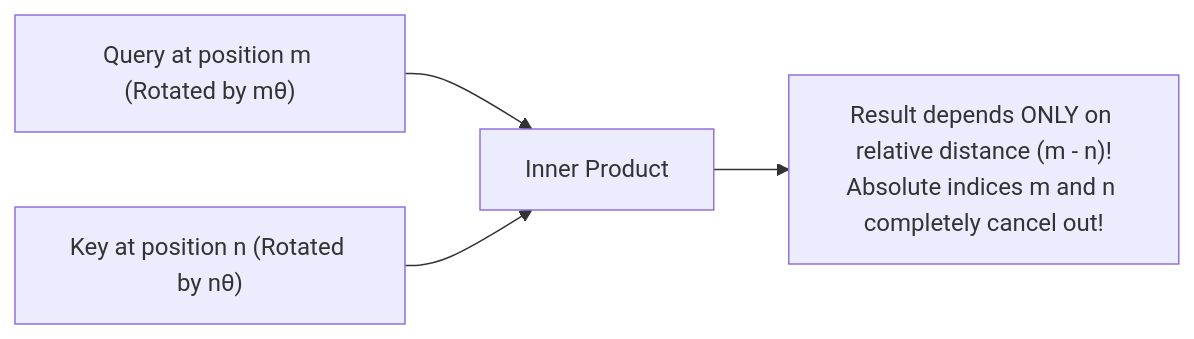
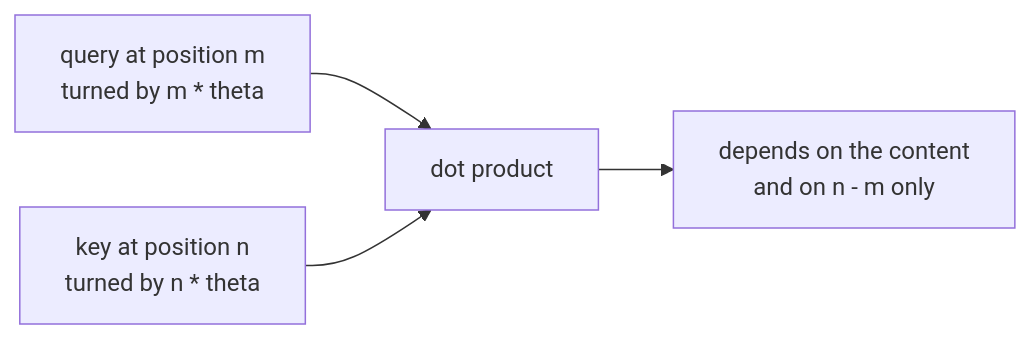
One commit to azusachino/harus-blog changed the diagram in docs/tech/series/math-for-ai/04.rotations-and-rope.md. Above: the diagram before and after it, drawn with Mermaid. The commit also changed other lines of this file and 11 other files, not shown here.

````diff
--- a/docs/tech/series/math-for-ai/04.rotations-and-rope.md
+++ b/docs/tech/series/math-for-ai/04.rotations-and-rope.md
@@ -136,6 +51,6 @@
 ```mermaid
 flowchart LR
-    Qm["Query at position m (Rotated by mθ)"] --> Dot["Inner Product"]
-    Kn["Key at position n (Rotated by nθ)"] --> Dot
-    Dot --> Result["Result depends ONLY on relative distance (m - n)!\nAbsolute indices m and n completely cancel out!"]
+    Q["query at position m<br/>turned by m * theta"] --> D["dot product"]
+    K["key at position n<br/>turned by n * theta"] --> D
+    D --> R["depends on the content<br/>and on n - m only"]
 ```
````
